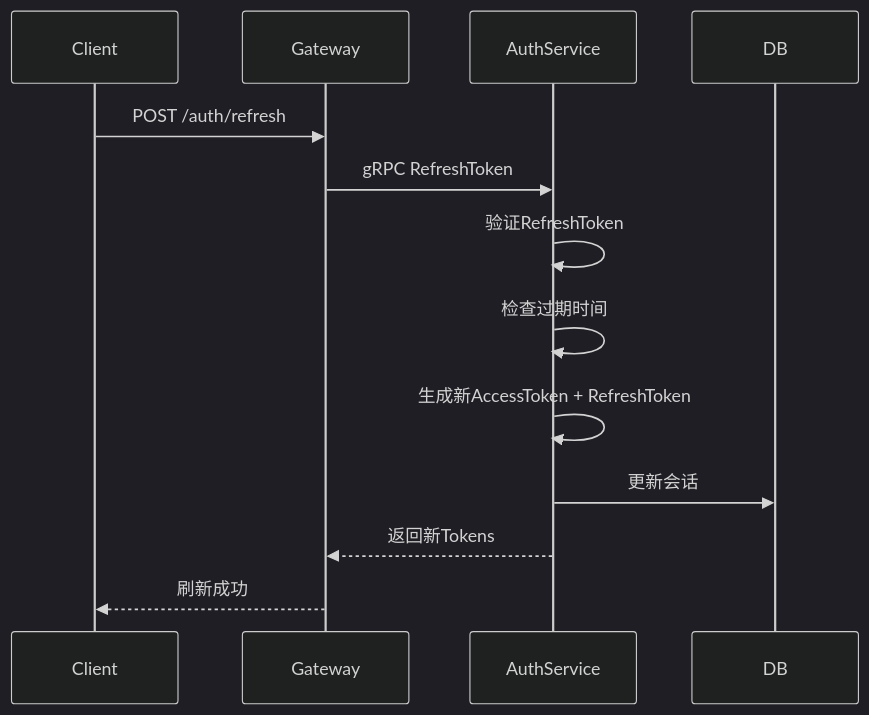
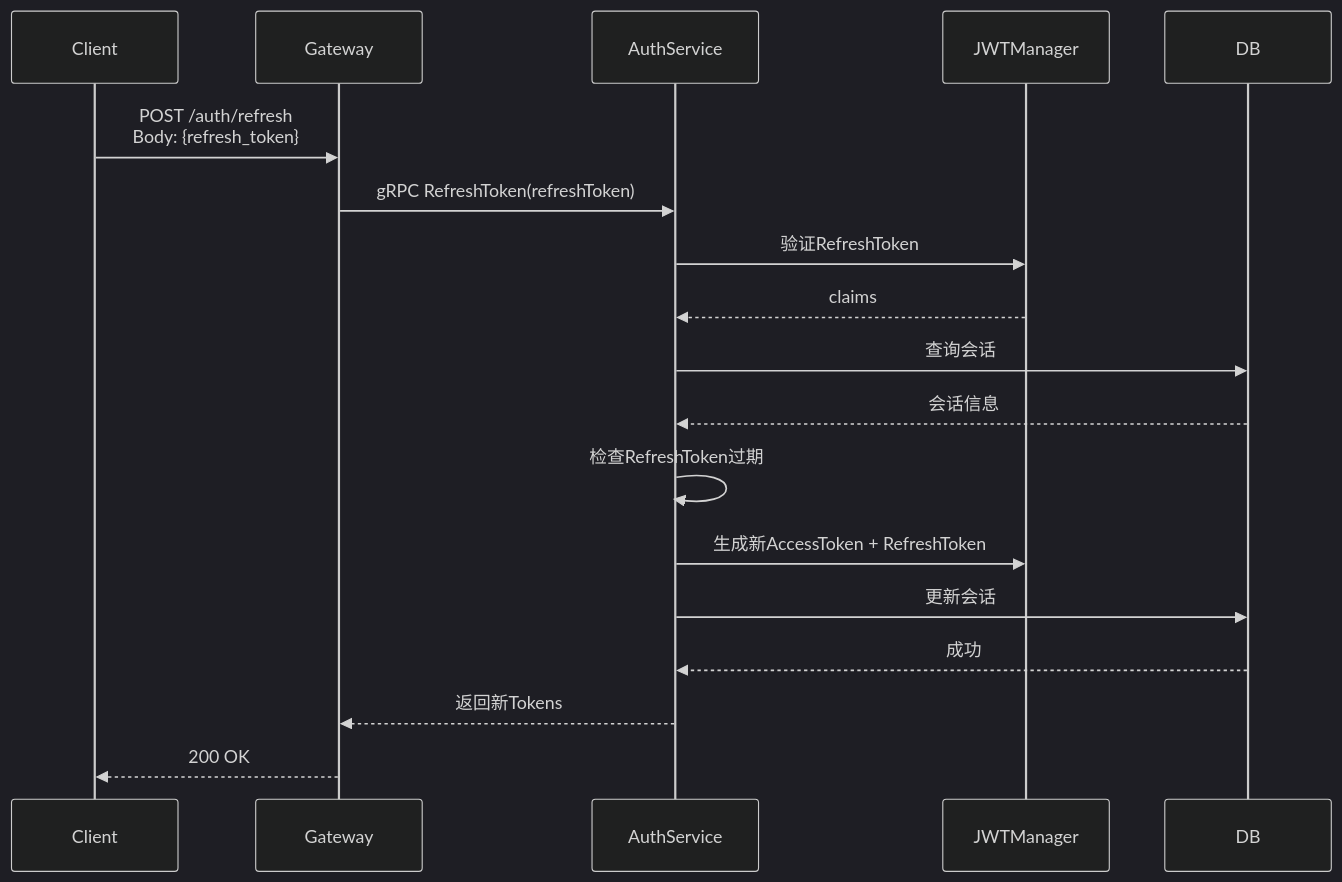
Before and after one commit to yzhgit/anychat-server: the second of 3 diagrams in docs/design/auth/token.md, drawn with Mermaid (dark theme). The commit also changed other lines of this file and 30 other files, not shown here.

First line of the commit message:
docs: 更新设计文档时序图，添加Gateway和NATS参与者

````diff
--- a/docs/design/auth/token.md
+++ b/docs/design/auth/token.md
@@ -50,15 +59,21 @@
 ```mermaid
 sequenceDiagram
     participant Client
     participant Gateway
     participant AuthService
+    participant JWTManager
+    participant DB
 
-    Client->>Gateway: POST /auth/refresh
-    Gateway->>AuthService: gRPC RefreshToken
-    AuthService->>AuthService: 验证RefreshToken
-    AuthService->>AuthService: 检查过期时间
-    AuthService->>AuthService: 生成新AccessToken + RefreshToken
+    Client->>Gateway: POST /auth/refresh<br/>Body: {refresh_token}
+    Gateway->>AuthService: gRPC RefreshToken(refreshToken)
+    AuthService->>JWTManager: 验证RefreshToken
+    JWTManager-->>AuthService: claims
+    AuthService->>DB: 查询会话
+    DB-->>AuthService: 会话信息
+    AuthService->>AuthService: 检查RefreshToken过期
+    AuthService->>JWTManager: 生成新AccessToken + RefreshToken
     AuthService->>DB: 更新会话
+    DB-->>AuthService: 成功
     AuthService-->>Gateway: 返回新Tokens
-    Gateway-->>Client: 刷新成功
+    Gateway-->>Client: 200 OK
 ```
````
